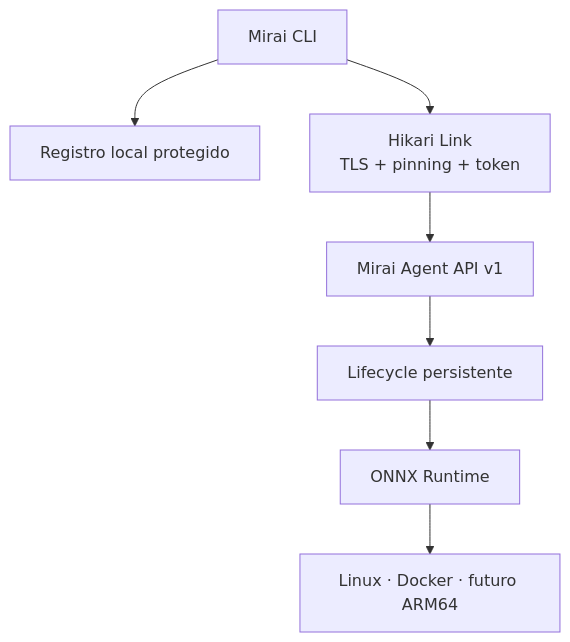
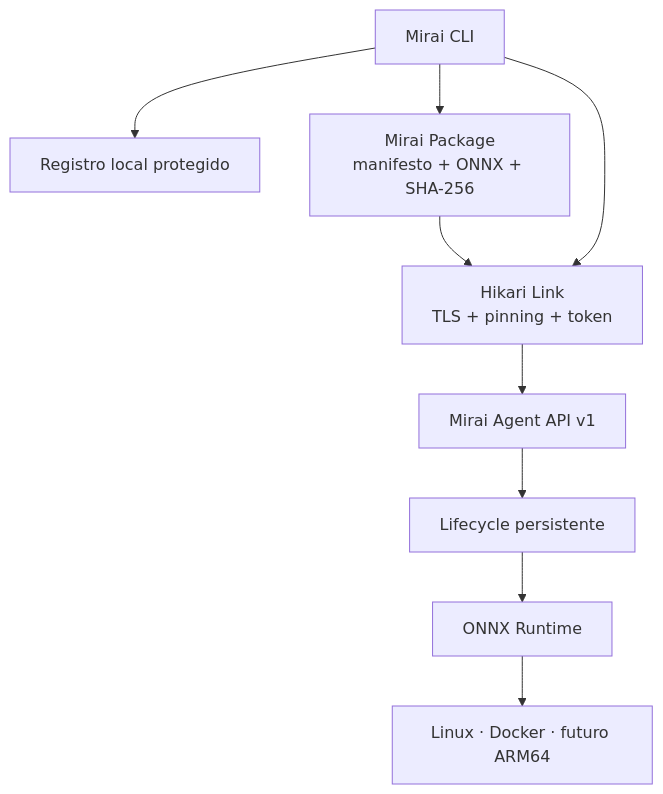
Before and after one commit to start6202783-dotcom/MiraiOS: the diagram in README.md, drawn with Mermaid. The commit also changed other lines of this file and 20 other files, not shown here.

Commit message:
feat: adiciona Mirai Package na v0.9.0

````diff
--- a/README.md
+++ b/README.md
@@ -94,17 +101,20 @@
 ```mermaid
 flowchart TD
     CLI["Mirai CLI"]
     REG["Registro local protegido"]
     LINK["Hikari Link<br/>TLS + pinning + token"]
     API["Mirai Agent API v1"]
+    PKG["Mirai Package<br/>manifesto + ONNX + SHA-256"]
     LIFE["Lifecycle persistente"]
     ORT["ONNX Runtime"]
     EDGE["Linux · Docker · futuro ARM64"]
 
     CLI --> REG
+    CLI --> PKG
+    PKG --> LINK
     CLI --> LINK
     LINK --> API
     API --> LIFE
     LIFE --> ORT
     ORT --> EDGE
 ```
````
